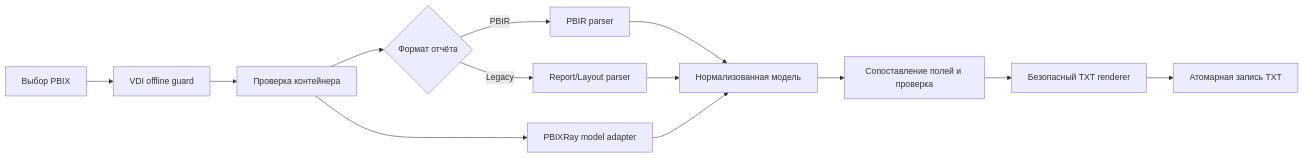
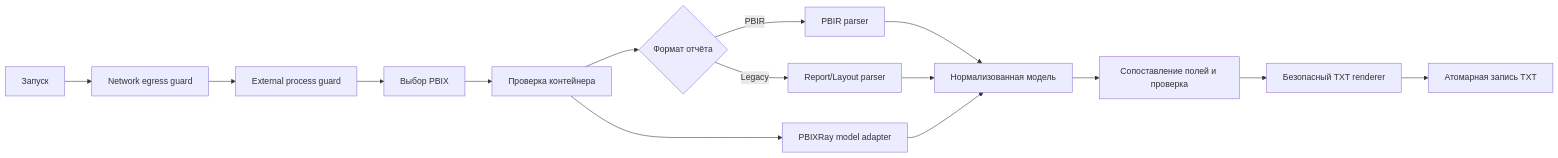
One commit to 2303850Analyst/pbix-converter changed the diagram in README.md. Above: the diagram before and after it, drawn with Mermaid. The commit also changed other lines of this file and 10 other files, not shown here.

````diff
--- a/README.md
+++ b/README.md
@@ -221,15 +223,17 @@
 ```mermaid
 flowchart LR
-    A[Выбор PBIX] --> P[VDI offline guard]
+    A[Запуск] --> N[Network egress guard]
+    N --> X[External process guard]
+    X --> P[Выбор PBIX]
     P --> B[Проверка контейнера]
     B --> C{Формат отчёта}
     C -->|PBIR| D[PBIR parser]
     C -->|Legacy| E[Report/Layout parser]
     B --> F[PBIXRay model adapter]
     D --> G[Нормализованная модель]
     E --> G
     F --> G
     G --> H[Сопоставление полей и проверка]
     H --> I[Безопасный TXT renderer]
     I --> J[Атомарная запись TXT]
 ```
````
